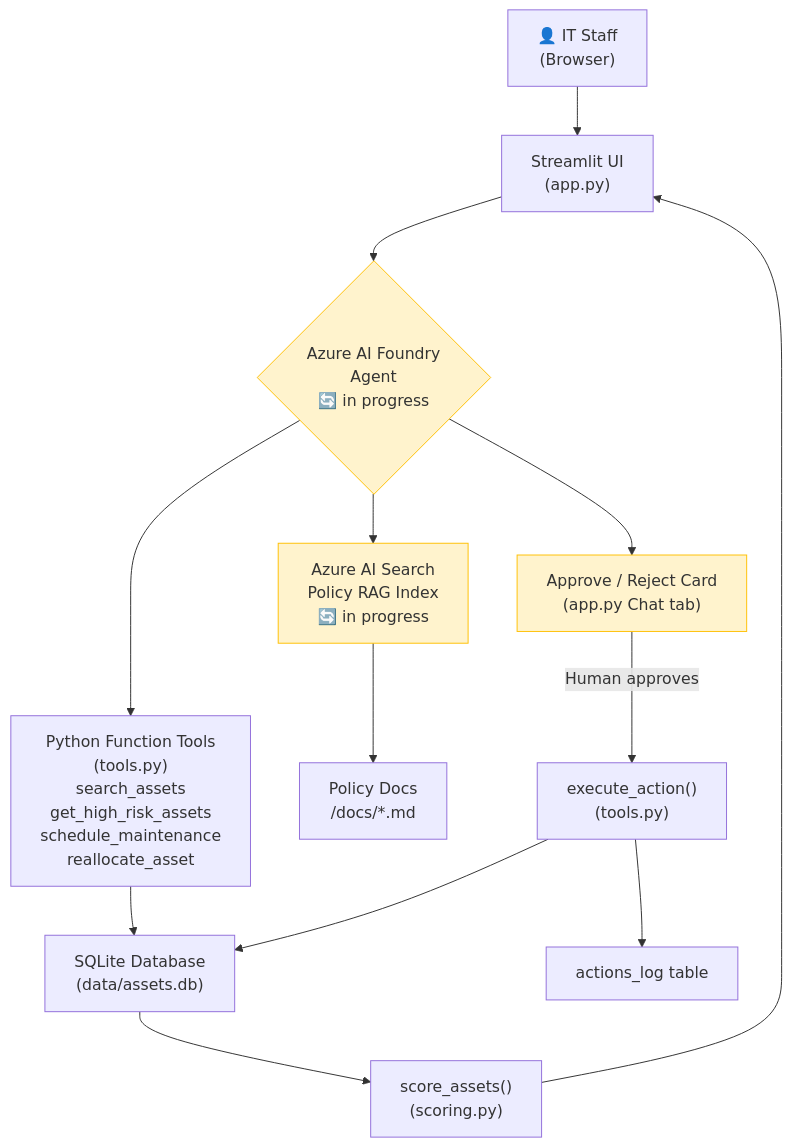
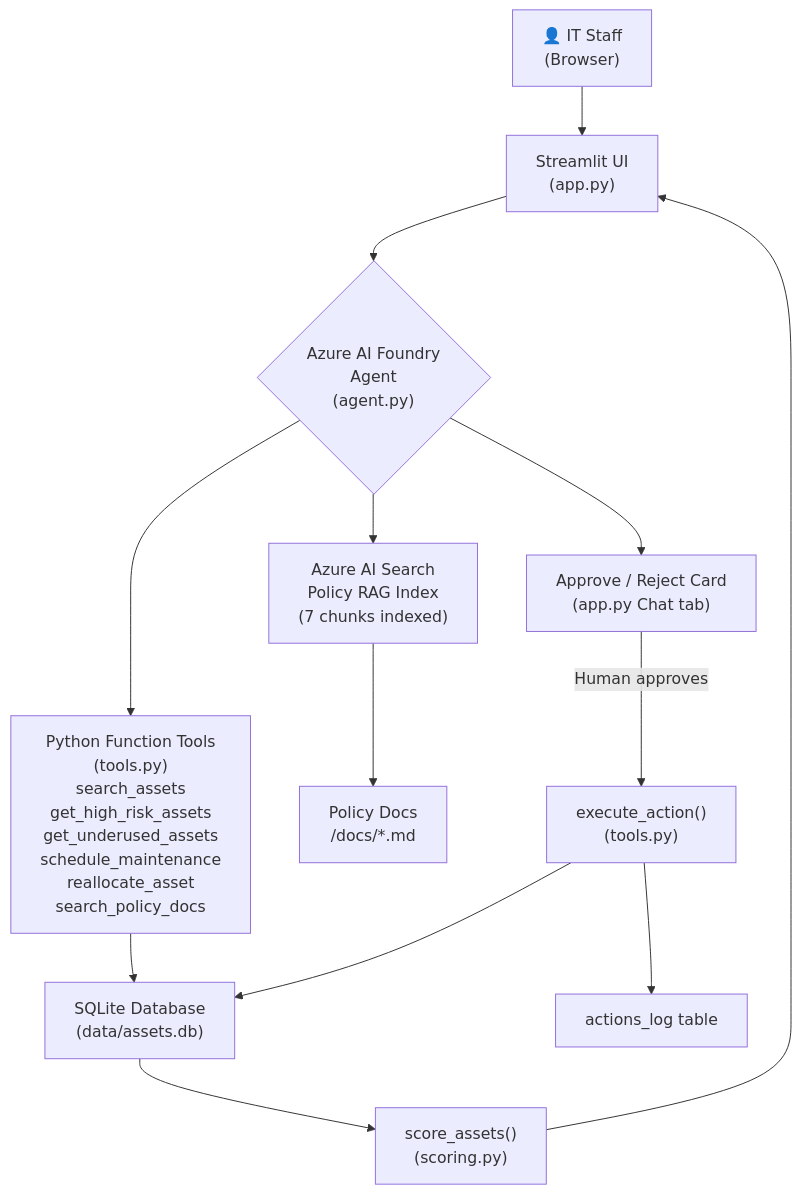
The diagram in README.md (Parnika1804/asset-rescue-agent), drawn with Mermaid before and after one commit. The commit also changed other lines of this file and 1 other file, not shown here.

````diff
--- a/README.md
+++ b/README.md
@@ -78,24 +78,20 @@
 ```mermaid
 flowchart TD
     A["👤 IT Staff\n(Browser)"] --> B["Streamlit UI\n(app.py)"]
 
-    B --> C{"Azure AI Foundry\nAgent\n🔄 in progress"}
+    B --> C{"Azure AI Foundry\nAgent\n(agent.py)"}
 
-    C --> D["Azure AI Search\nPolicy RAG Index\n🔄 in progress"]
-    C --> E["Python Function Tools\n(tools.py)\nsearch_assets\nget_high_risk_assets\nschedule_maintenance\nreallocate_asset"]
+    C --> D["Azure AI Search\nPolicy RAG Index\n(7 chunks indexed)"]
+    C --> E["Python Function Tools\n(tools.py)\nsearch_assets\nget_high_risk_assets\nget_underused_assets\nschedule_maintenance\nreallocate_asset\nsearch_policy_docs"]
 
     D --> F["Policy Docs\n/docs/*.md"]
     E --> G["SQLite Database\n(data/assets.db)"]
 
     C --> H["Approve / Reject Card\n(app.py Chat tab)"]
     H -->|"Human approves"| I["execute_action()\n(tools.py)"]
     I --> G
     I --> J["actions_log table"]
 
     G --> K["score_assets()\n(scoring.py)"]
     K --> B
-
-    style C fill:#fff3cd,stroke:#ffc107
-    style D fill:#fff3cd,stroke:#ffc107
-    style H fill:#fff3cd,stroke:#ffc107
 ```
````
